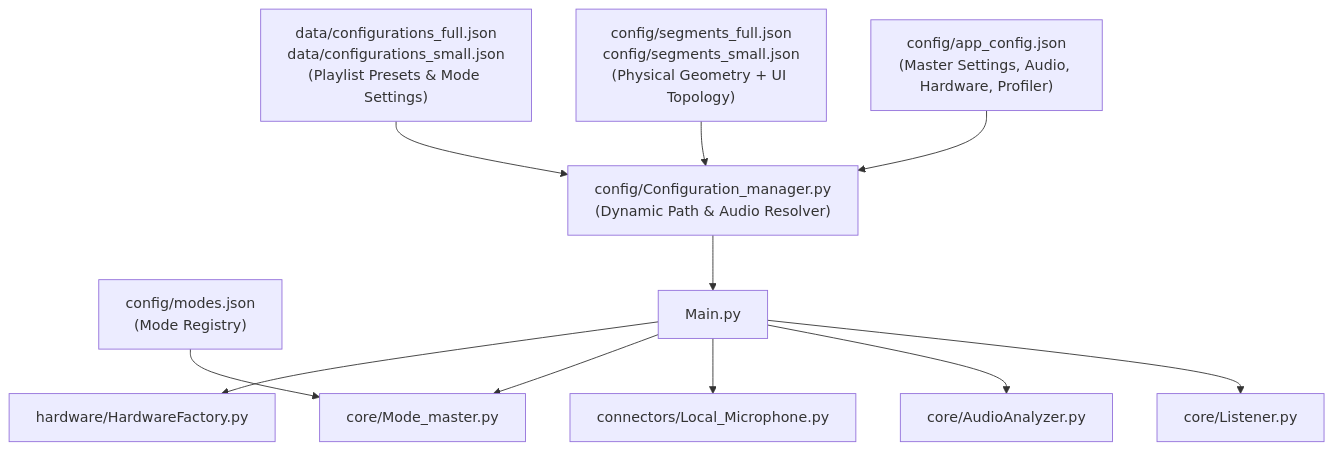
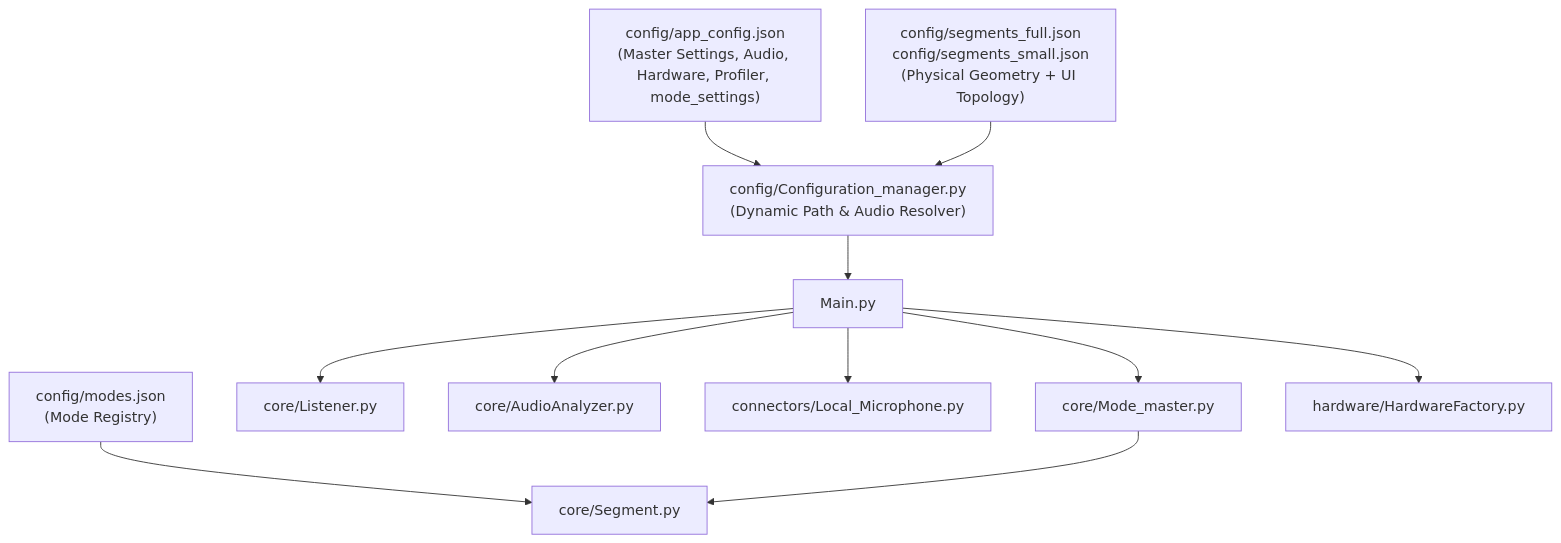
The diagram in docs/reference/configuration_schemas.md (LucRobey/vialactee), drawn with Mermaid before and after one commit. The commit also changed other lines of this file and 61 other files, not shown here.

Commit message:
refactor(core,transitions,web): 4-scene migration, staggered auto-transitions, and full configuration/playlist removal

````diff
--- a/docs/reference/configuration_schemas.md
+++ b/docs/reference/configuration_schemas.md
@@ -12,21 +12,20 @@
 ```mermaid
 graph TD
-    AppConfig["config/app_config.json<br/>(Master Settings, Audio, Hardware, Profiler)"]
+    AppConfig["config/app_config.json<br/>(Master Settings, Audio, Hardware, Profiler, mode_settings)"]
     ModesConfig["config/modes.json<br/>(Mode Registry)"]
     SegmentsConfig["config/segments_full.json<br/>config/segments_small.json<br/>(Physical Geometry + UI Topology)"]
-    DataConfig["data/configurations_full.json<br/>data/configurations_small.json<br/>(Playlist Presets & Mode Settings)"]
 
     Mgr["config/Configuration_manager.py<br/>(Dynamic Path & Audio Resolver)"]
 
     AppConfig --> Mgr
-    ModesConfig --> ModeMaster["core/Mode_master.py"]
+    ModesConfig --> Segment["core/Segment.py"]
     SegmentsConfig --> Mgr
-    DataConfig --> Mgr
 
     Mgr --> Main["Main.py"]
     Main --> Listener["core/Listener.py"]
     Main --> AudioAnalyzer["core/AudioAnalyzer.py"]
     Main --> LocalMic["connectors/Local_Microphone.py"]
-    Main --> ModeMaster
+    Main --> ModeMaster["core/Mode_master.py"]
+    ModeMaster --> Segment
     Main --> HwFactory["hardware/HardwareFactory.py"]
 ```
````
